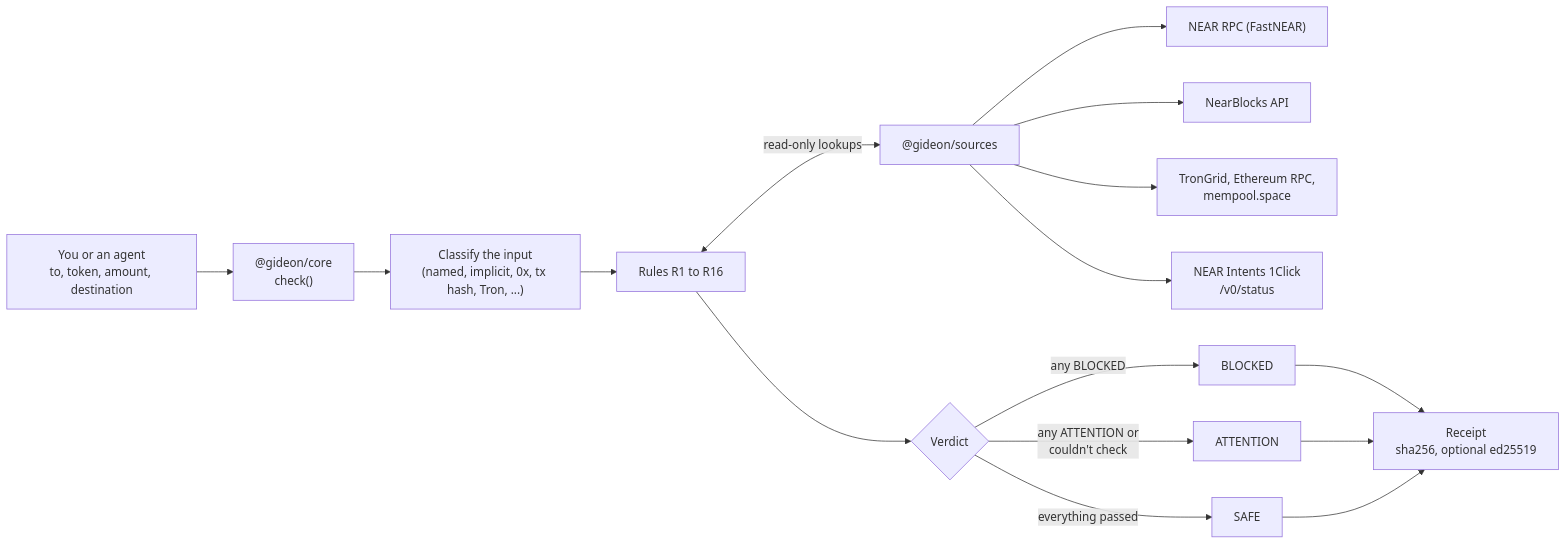
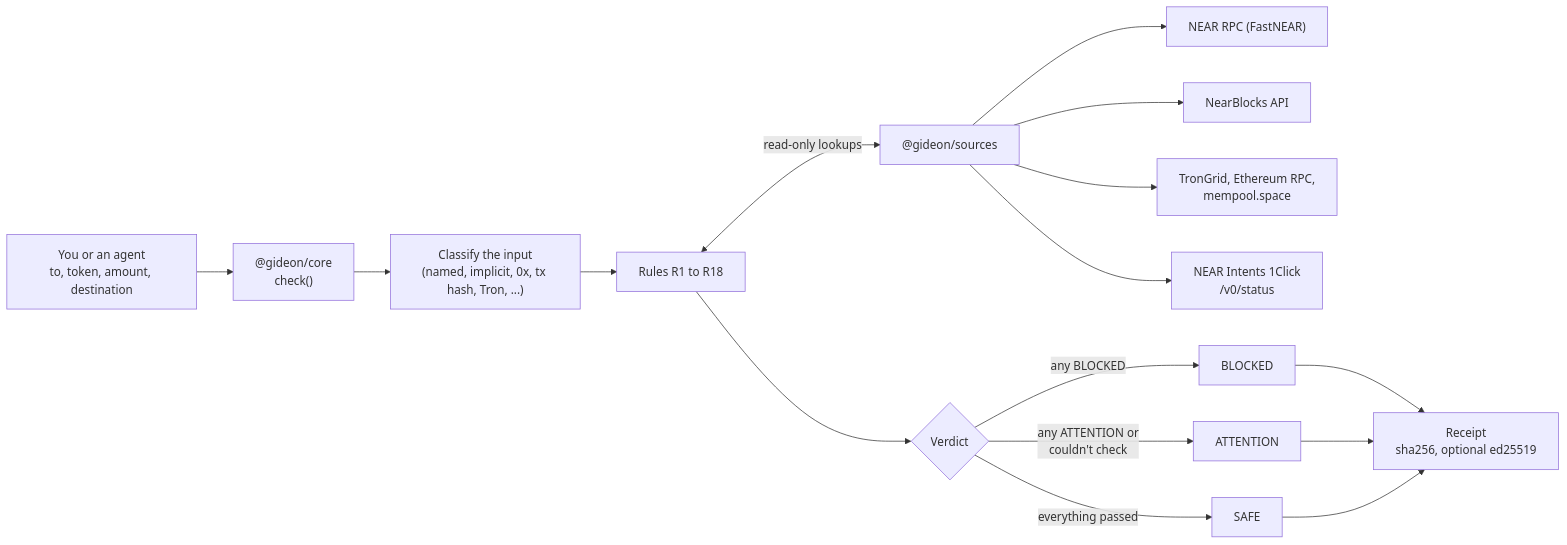
One commit to Adelekejr/Gideon-near changed the diagram in README.md. Above: the diagram before and after it, drawn with Mermaid. The commit also changed other lines of this file and 31 other files, not shown here.

````diff
--- a/README.md
+++ b/README.md
@@ -72,16 +72,16 @@
 ```mermaid
 flowchart LR
   U["You or an agent<br/>to, token, amount, destination"] --> E["@gideon/core<br/>check()"]
   E --> C["Classify the input<br/>(named, implicit, 0x, tx hash, Tron, ...)"]
-  C --> R["Rules R1 to R16"]
+  C --> R["Rules R1 to R18"]
   R <-->|"read-only lookups"| S["@gideon/sources"]
   S --> RPC["NEAR RPC (FastNEAR)"]
   S --> NB["NearBlocks API"]
   S --> FC["TronGrid, Ethereum RPC,<br/>mempool.space"]
   S --> OC["NEAR Intents 1Click<br/>/v0/status"]
   R --> V{"Verdict"}
   V -->|"any BLOCKED"| B["BLOCKED"]
   V -->|"any ATTENTION or<br/>couldn't check"| A["ATTENTION"]
   V -->|"everything passed"| OK["SAFE"]
   B & A & OK --> RC["Receipt<br/>sha256, optional ed25519"]
 ```
````
